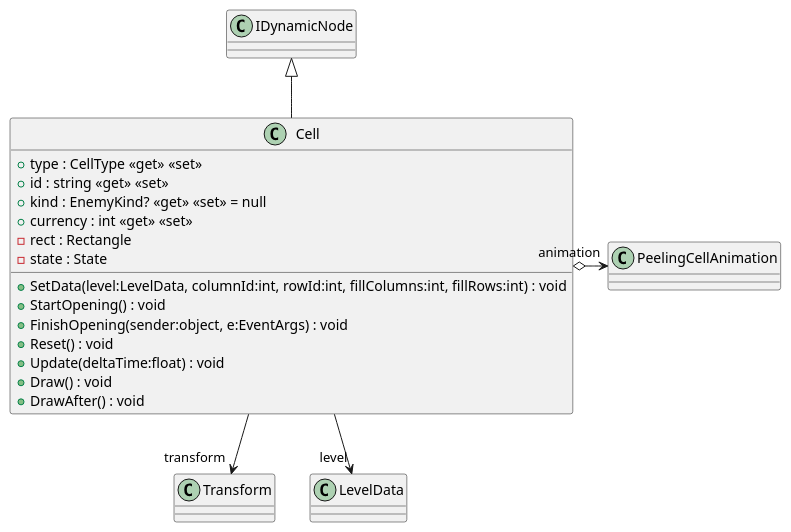
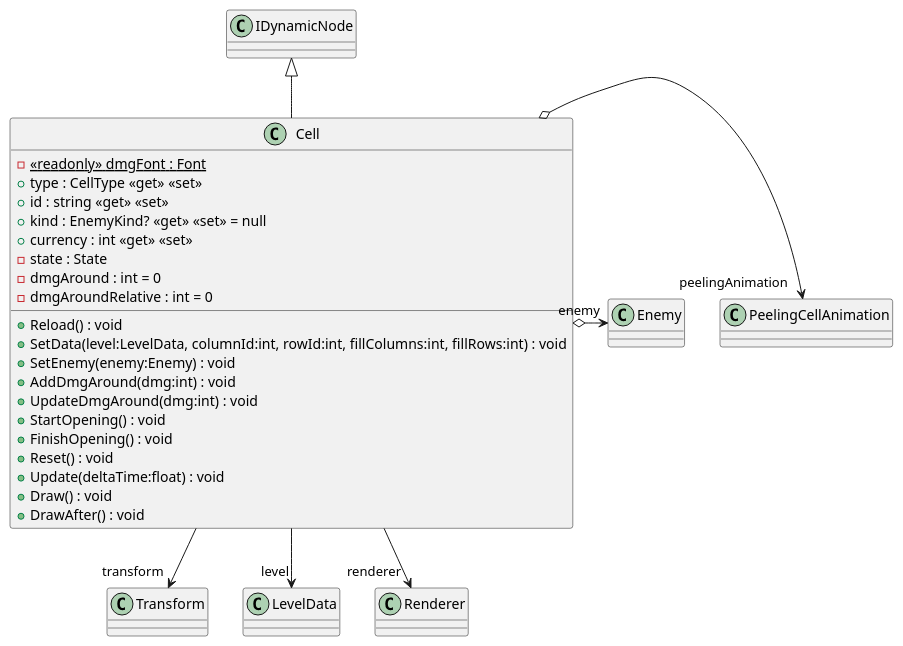
Before and after one commit to Reroll-inc/sweeper-rpg: the diagram in uml/SweeperRpg/Src/Cell.puml, drawn with PlantUML. The commit also changed 31 other files, not shown here.

Commit message:
add workflow to publish and update uml

```diff
--- a/uml/SweeperRpg/Src/Cell.puml
+++ b/uml/SweeperRpg/Src/Cell.puml
@@ -1,19 +1,27 @@
 class Cell {
+    - {static} <<readonly>> dmgFont : Font
     + type : CellType <<get>> <<set>>
     + id : string <<get>> <<set>>
     + kind : EnemyKind? <<get>> <<set>> = null
     + currency : int <<get>> <<set>>
-    - rect : Rectangle
     - state : State
+    - dmgAround : int = 0
+    - dmgAroundRelative : int = 0
+    + Reload() : void
     + SetData(level:LevelData, columnId:int, rowId:int, fillColumns:int, fillRows:int) : void
+    + SetEnemy(enemy:Enemy) : void
+    + AddDmgAround(dmg:int) : void
+    + UpdateDmgAround(dmg:int) : void
     + StartOpening() : void
-    + FinishOpening(sender:object, e:EventArgs) : void
+    + FinishOpening() : void
     + Reset() : void
     + Update(deltaTime:float) : void
     + Draw() : void
     + DrawAfter() : void
 }
 IDynamicNode <|-- Cell
 Cell --> "transform" Transform
 Cell --> "level" LevelData
-Cell o-> "animation" PeelingCellAnimation
+Cell o-> "peelingAnimation" PeelingCellAnimation
+Cell o-> "enemy" Enemy
+Cell --> "renderer" Renderer
```
